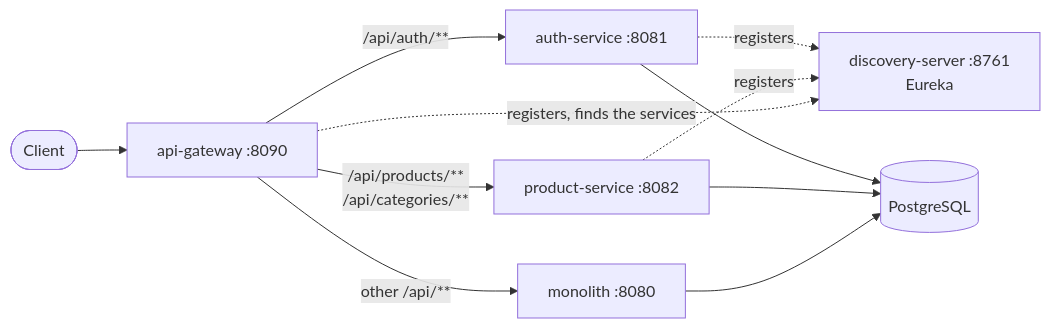
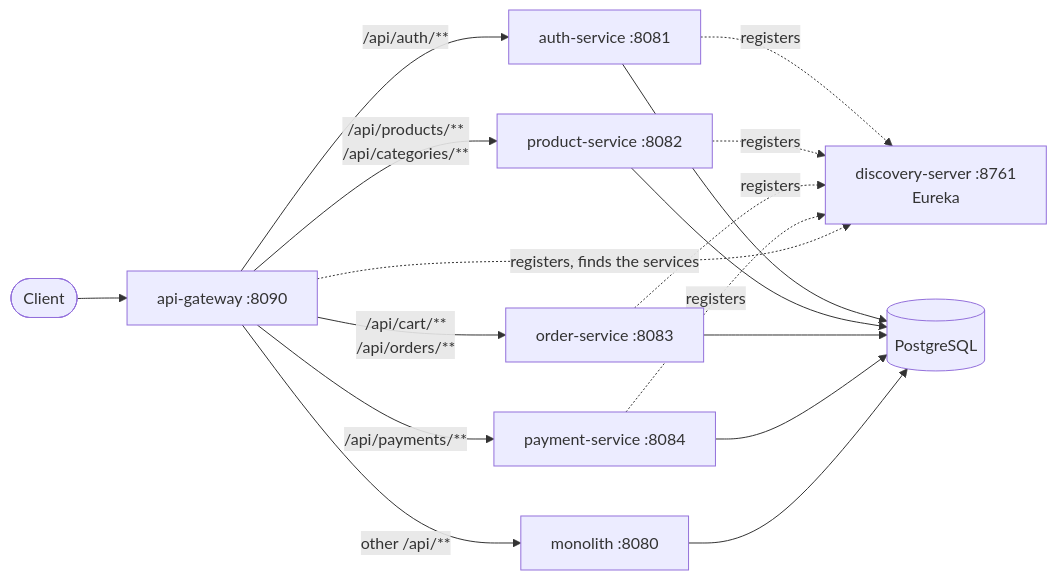
Before and after one commit to monssefbaakka/ecommerce-microservices: the first of 2 diagrams in README.md, drawn with Mermaid. The commit also changed other lines of this file, not shown here.

Commit message:
docs(readme): order-service and payment-service in the Microservices section, diagram and gateway routes

````diff
--- a/README.md
+++ b/README.md
@@ -125,13 +125,19 @@
 ```mermaid
 flowchart LR
     client([Client]) --> gateway["api-gateway :8090"]
     gateway -- "/api/auth/**" --> auth["auth-service :8081"]
     gateway -- "/api/products/**<br/>/api/categories/**" --> product["product-service :8082"]
+    gateway -- "/api/cart/**<br/>/api/orders/**" --> order["order-service :8083"]
+    gateway -- "/api/payments/**" --> payment["payment-service :8084"]
     gateway -- "other /api/**" --> monolith["monolith :8080"]
     auth -. registers .-> eureka["discovery-server :8761<br/>Eureka"]
     product -. registers .-> eureka
+    order -. registers .-> eureka
+    payment -. registers .-> eureka
     gateway -. registers, finds the services .-> eureka
     auth --> db[(PostgreSQL)]
     product --> db
+    order --> db
+    payment --> db
     monolith --> db
 ```
````
